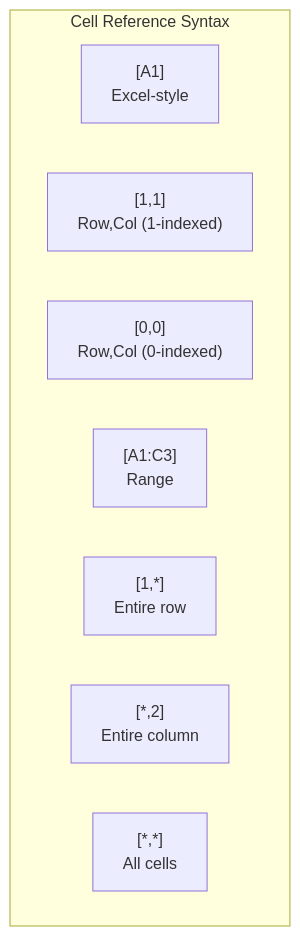
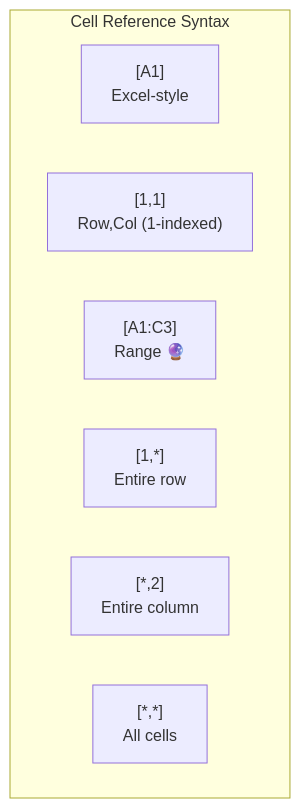
The sixth of 8 diagrams in README.md (visionik/sedmat), drawn with Mermaid before and after one commit. The commit also changed other lines of this file, not shown here.

````diff
--- a/README.md
+++ b/README.md
@@ -362,12 +431,11 @@
 ```mermaid
 graph TB
     subgraph "Cell Reference Syntax"
         A["[A1]<br/>Excel-style"] 
         B["[1,1]<br/>Row,Col (1-indexed)"]
-        C["[0,0]<br/>Row,Col (0-indexed)"]
-        D["[A1:C3]<br/>Range"]
+        D["[A1:C3]<br/>Range 🔮"]
         E["[1,*]<br/>Entire row"]
         F["[*,2]<br/>Entire column"]
         G["[*,*]<br/>All cells"]
     end
 ```
````
